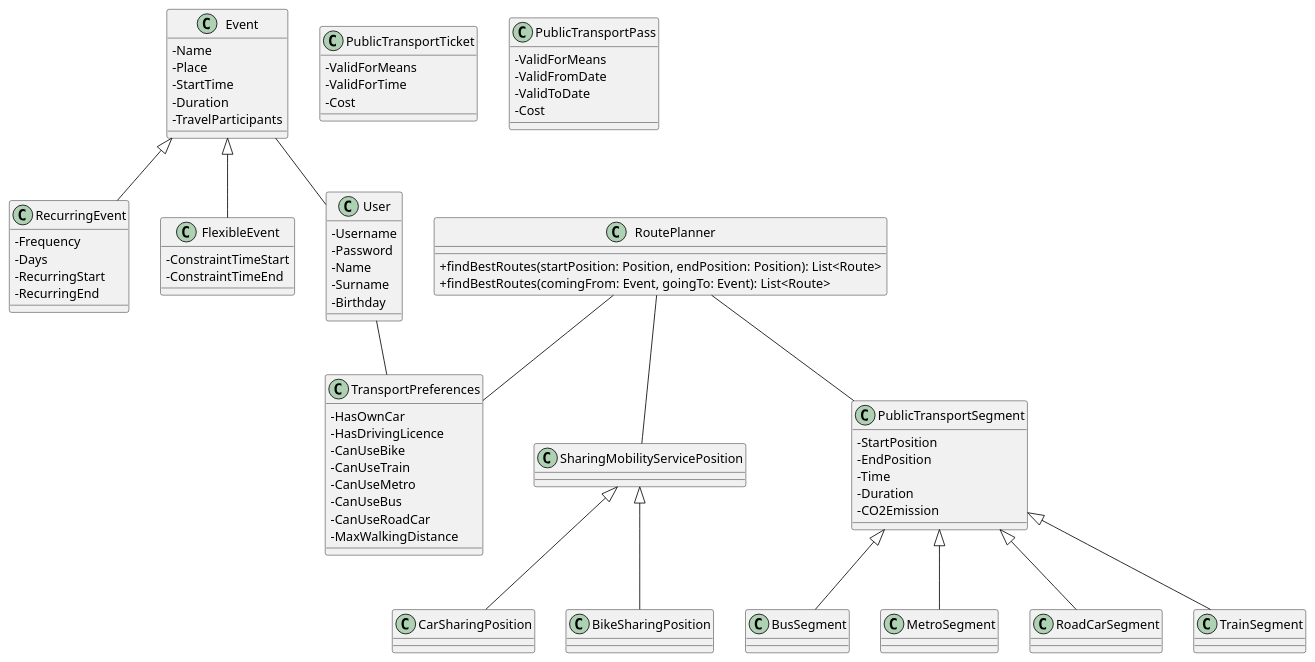
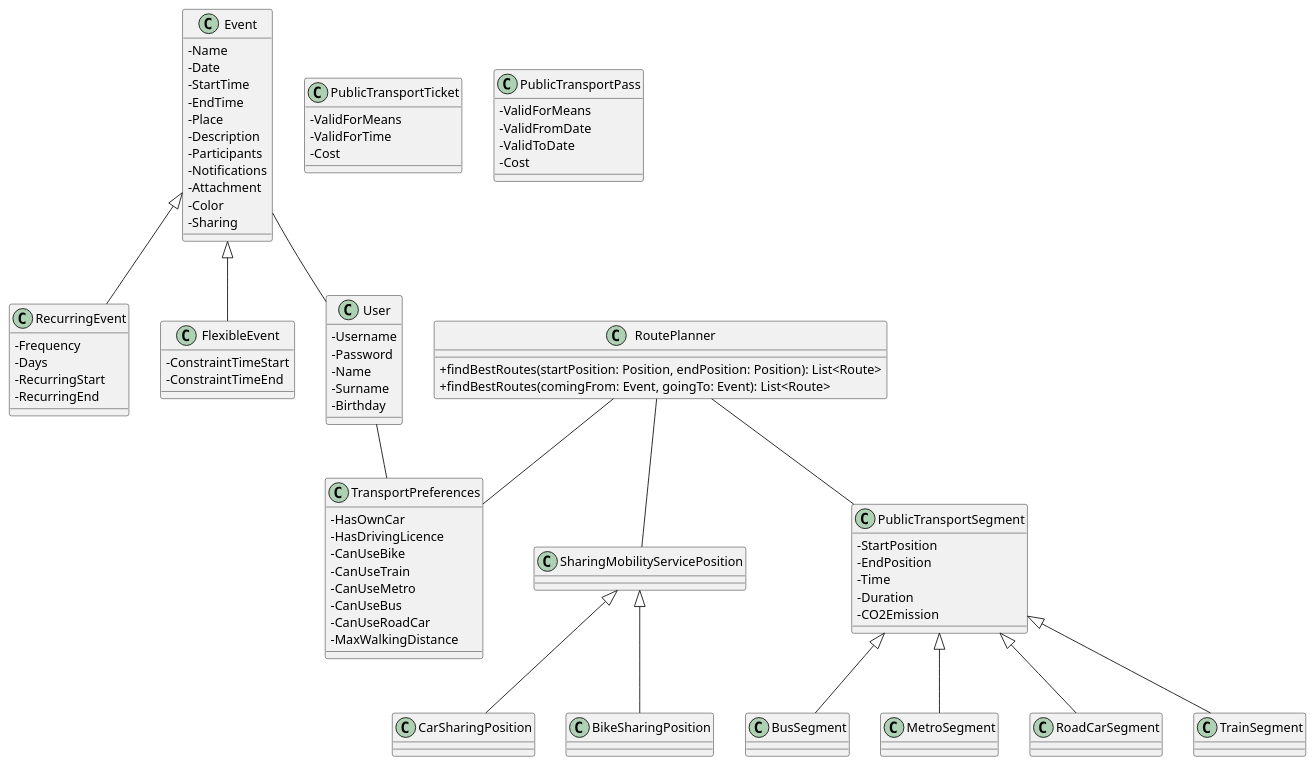
The diagram in rasd/class_diagram/class_diagram.plantuml (fcremo/AlfonsoCarsenzuolaCremonese-ingsw2), drawn with PlantUML before and after one commit. The commit also changed 6 other files, not shown here.

Commit message:
update use case diagram, sequence diagram

```diff
--- a/rasd/class_diagram/class_diagram.plantuml
+++ b/rasd/class_diagram/class_diagram.plantuml
@@ -1,95 +1,103 @@
 @startuml
 
 skinparam classAttributeIconSize 0
 
 Event <|-- RecurringEvent
 Event <|-- FlexibleEvent
 Event -- User
 
 User -- TransportPreferences
 
 class User {
     - Username
     - Password
     - Name
     - Surname
     - Birthday
 }
 
 class TransportPreferences {
     - HasOwnCar
     - HasDrivingLicence
     - CanUseBike
     - CanUseTrain
     - CanUseMetro
     - CanUseBus
     - CanUseRoadCar
     - MaxWalkingDistance
 }
 
 class Event {
     - Name
+    - Date
+    - StartTime
+    - EndTime
     - Place
-    - StartTime
-    - Duration
-    - TravelParticipants
+    - Description
+    - Participants
+    - Notifications
+    - Attachment
+    - Color
+    - Sharing
 }
+
 class RecurringEvent {
     - Frequency
     - Days
     - RecurringStart
     - RecurringEnd
 }
+
 class FlexibleEvent {
     - ConstraintTimeStart
     - ConstraintTimeEnd
 }
 
 SharingMobilityServicePosition <|-- CarSharingPosition
 SharingMobilityServicePosition <|-- BikeSharingPosition
 
 class SharingMobilityServicePosition
-class CarSharingPosition 
+class CarSharingPosition
 class BikeSharingPosition
 
 PublicTransportSegment <|-- BusSegment
 PublicTransportSegment <|-- MetroSegment
 PublicTransportSegment <|-- RoadCarSegment
 PublicTransportSegment <|-- TrainSegment
 
 class PublicTransportSegment {
     - StartPosition
     - EndPosition
     - Time
     - Duration
     - CO2Emission
 }
 
 class BusSegment
 class MetroSegment
 class RoadCarSegment
 class TrainSegment
 
 class PublicTransportTicket {
     - ValidForMeans
     - ValidForTime
     - Cost
 }
 
 class PublicTransportPass {
     - ValidForMeans
     - ValidFromDate
     - ValidToDate
     - Cost
 }
 
 RoutePlanner -- PublicTransportSegment
 RoutePlanner -- SharingMobilityServicePosition
 RoutePlanner -- TransportPreferences
 class RoutePlanner {
     + findBestRoutes(startPosition: Position, endPosition: Position): List<Route>
     + findBestRoutes(comingFrom: Event, goingTo: Event): List<Route>
 }
 
 
 @enduml
```
